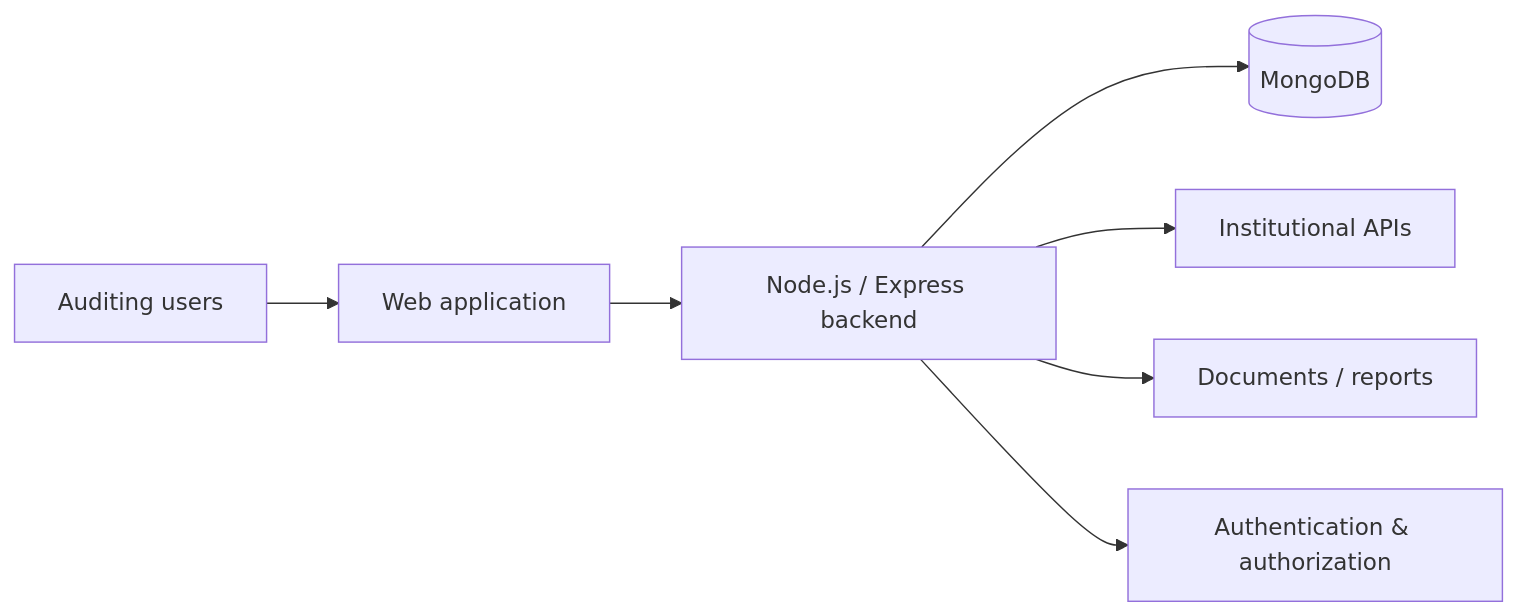
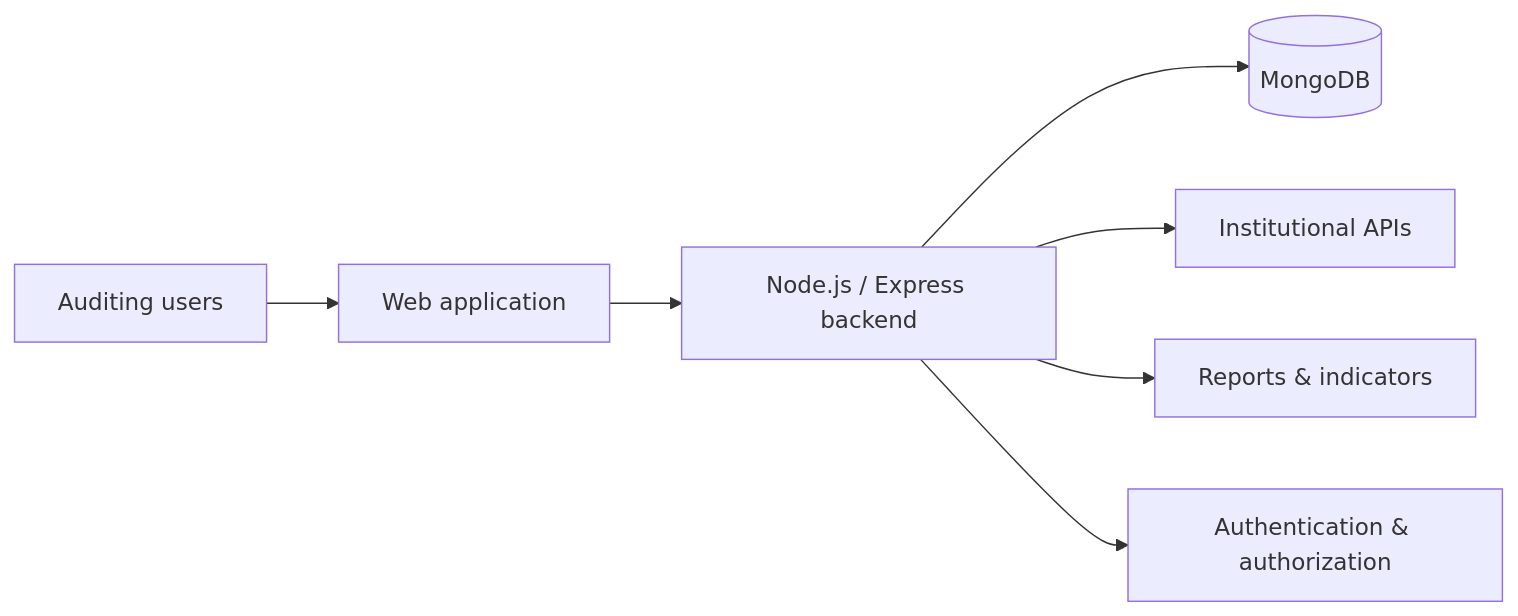
The diagram in case-studies/concurrent-hospital-auditing.md (juancamiloguerrero/professional-case-studies), drawn with Mermaid before and after one commit. The commit also changed other lines of this file and 21 other files, not shown here.

````diff
--- a/case-studies/concurrent-hospital-auditing.md
+++ b/case-studies/concurrent-hospital-auditing.md
@@ -32,9 +67,9 @@
 ```mermaid
 flowchart LR
     U[Auditing users] --> W[Web application]
     W --> A[Node.js / Express backend]
     A --> DB[(MongoDB)]
     A --> EXT[Institutional APIs]
-    A --> DOC[Documents / reports]
+    A --> REP[Reports & indicators]
     A --> SEC[Authentication & authorization]
 ```
````
